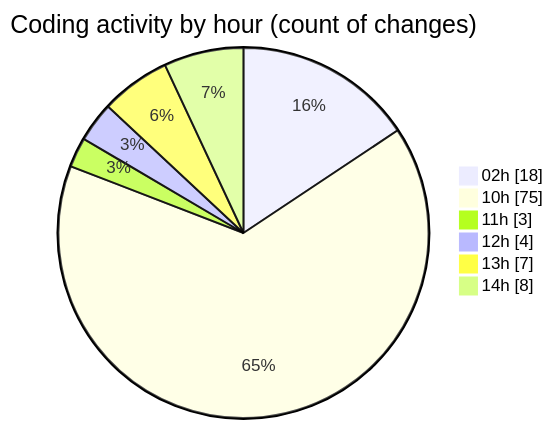
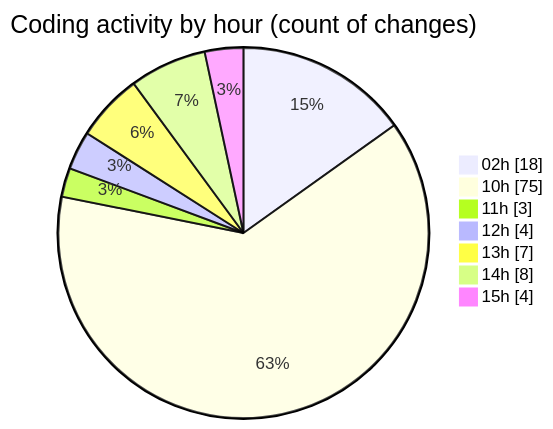
One commit to shibass792/code-tracking changed the second of 2 diagrams in 2026-07-08/twenty_versions_aminor/README.md. Above: the diagram before and after it, drawn with Mermaid. The commit also changed other lines of this file and 1 other file, not shown here.

````diff
--- a/2026-07-08/twenty_versions_aminor/README.md
+++ b/2026-07-08/twenty_versions_aminor/README.md
@@ -37,10 +37,11 @@
 ```mermaid
 pie showData
 title Coding activity by hour (count of changes)
 "02h" : 18
 "10h" : 75
 "11h" : 3
 "12h" : 4
 "13h" : 7
 "14h" : 8
+"15h" : 4
 ```
````
